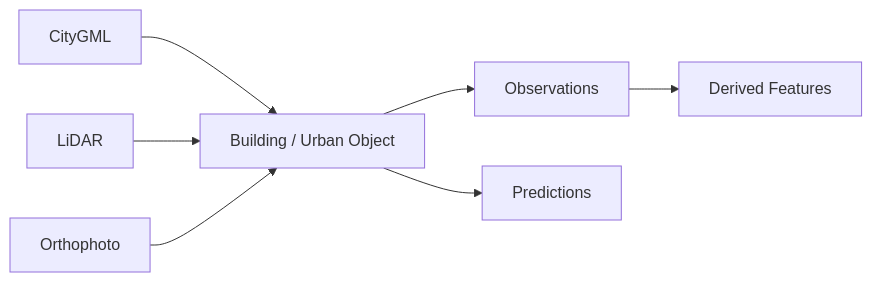
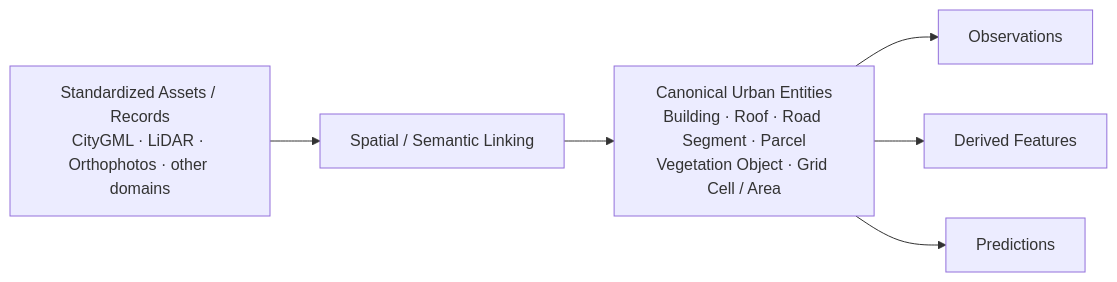
The diagram in docs/l2-data-integration-transformation.md (Thomas-Malchers/urban_ai_lab), drawn with Mermaid before and after one commit. The commit also changed other lines of this file and 12 other files, not shown here.

````diff
--- a/docs/l2-data-integration-transformation.md
+++ b/docs/l2-data-integration-transformation.md
@@ -5,8 +5,13 @@
 ```mermaid
 flowchart LR
-    C["CityGML"] --> B["Building / Urban Object"]
-    L["LiDAR"] --> B
-    O["Orthophoto"] --> B
-    B --> OBS["Observations"] --> F["Derived Features"]
-    B --> P["Predictions"]
+    S["Standardized Assets / Records<br/>CityGML · LiDAR · Orthophotos · other domains"]
+    L["Spatial / Semantic Linking"]
+    E["Canonical Urban Entities<br/>Building · Roof · Road Segment · Parcel<br/>Vegetation Object · Grid Cell / Area"]
+    O["Observations"]
+    F["Derived Features"]
+    P["Predictions"]
+    S --> L --> E
+    E --> O
+    E --> F
+    E --> P
 ```
````
